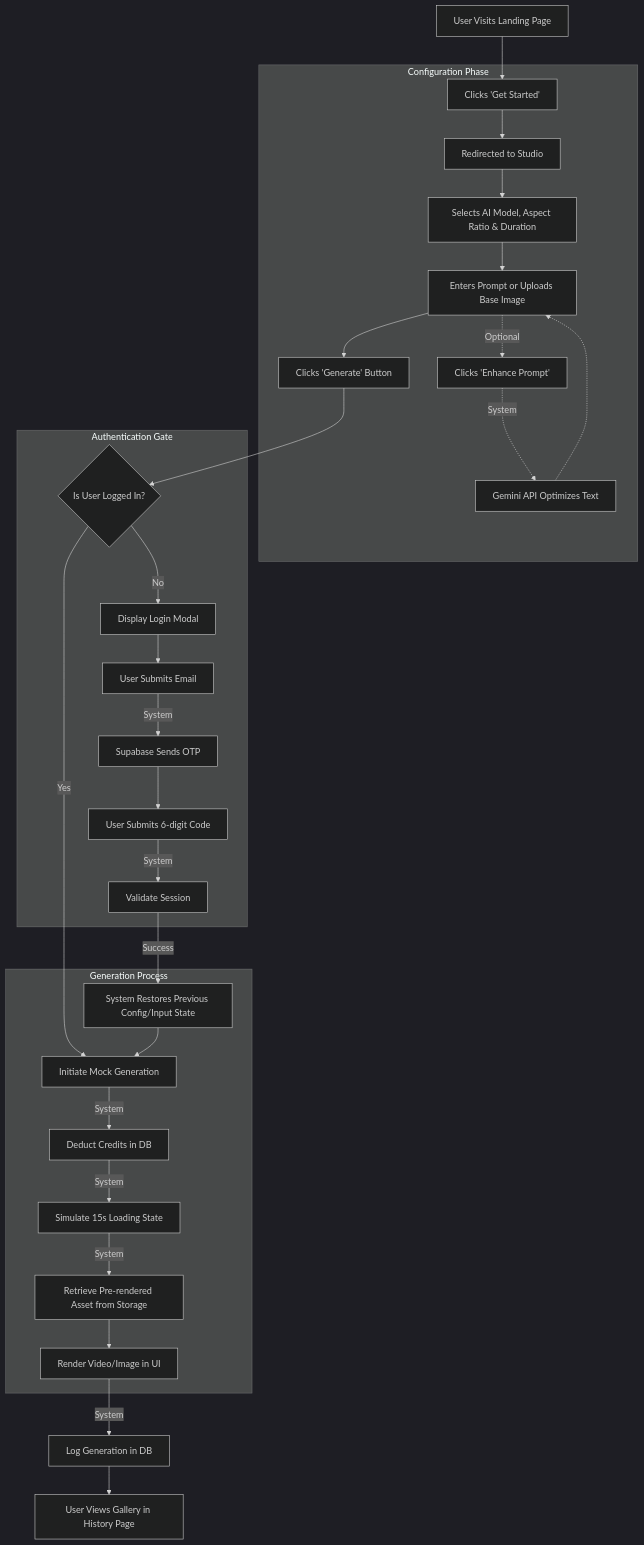
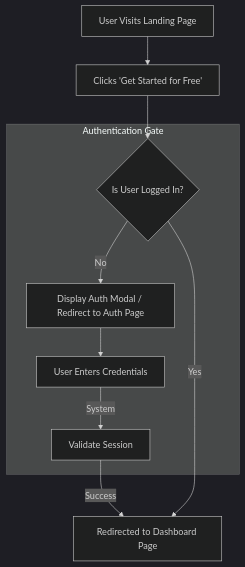
One commit to STONESCODE001/AZAISCLONE changed the diagram in flow.md. Above: the diagram before and after it, drawn with Mermaid (dark theme). The commit also changed other lines of this file and 16 other files, not shown here.

Commit message:
feat: implement landing page layout with modular hero, pipeline, and archive sections

````diff
--- a/flow.md
+++ b/flow.md
@@ -9,49 +9,19 @@
 ```mermaid
 flowchart TD
     %% User entry
-    Visit[User Visits Landing Page] --> ClickGetStarted[Clicks 'Get Started']
-    
-    %% Unauthenticated Studio Flow
-    subgraph Configuration Phase
-        ClickGetStarted --> Studio[Redirected to Studio]
-        Studio --> Configure[Selects AI Model, Aspect Ratio & Duration]
-        Configure --> Input[Enters Prompt or Uploads Base Image]
-        
-        Input -.->|Optional| Enhance[Clicks 'Enhance Prompt']
-        Enhance -.->|System| Gemini[Gemini API Optimizes Text]
-        Gemini -.-> Input
-        
-        Input --> ClickGenerate[Clicks 'Generate' Button]
-    end
+    Visit[User Visits Landing Page] --> ClickGetStarted[Clicks 'Get Started for Free']
     
     %% Authentication Gate
-    AuthGate{Is User Logged In?}
-    ClickGenerate --> AuthGate
+    ClickGetStarted --> AuthGate{Is User Logged In?}
     
     %% Auth Process
     subgraph Authentication Gate
-        AuthGate -- No --> ShowModal[Display Login Modal]
-        ShowModal --> EnterEmail[User Submits Email]
-        EnterEmail -->|System| SendOTP[Supabase Sends OTP]
-        SendOTP --> EnterOTP[User Submits 6-digit Code]
-        EnterOTP -->|System| Verify[Validate Session]
+        AuthGate -- No --> ShowAuth[Display Auth Modal / Redirect to Auth Page]
+        ShowAuth --> EnterCredentials[User Enters Credentials]
+        EnterCredentials -->|System| Verify[Validate Session]
     end
     
-    Verify -->|Success| RestoreState
-    
-    %% Authenticated Generation Flow
-    subgraph Generation Process
-        RestoreState[System Restores Previous Config/Input State]
-        AuthGate -- Yes --> ExecuteGen[Initiate Mock Generation]
-        RestoreState --> ExecuteGen
-        
-        ExecuteGen -->|System| Deduct[Deduct Credits in DB]
-        Deduct -->|System| Polling[Simulate 15s Loading State]
-        Polling -->|System| FetchAsset[Retrieve Pre-rendered Asset from Storage]
-        FetchAsset --> Display[Render Video/Image in UI]
-    end
-    
-    %% Post-Generation
-    Display -->|System| SaveHistory[Log Generation in DB]
-    SaveHistory --> ViewHistory[User Views Gallery in History Page]
+    %% Authenticated Access
+    Verify -->|Success| Dashboard
+    AuthGate -- Yes --> Dashboard[Redirected to Dashboard Page]
 ```
````
